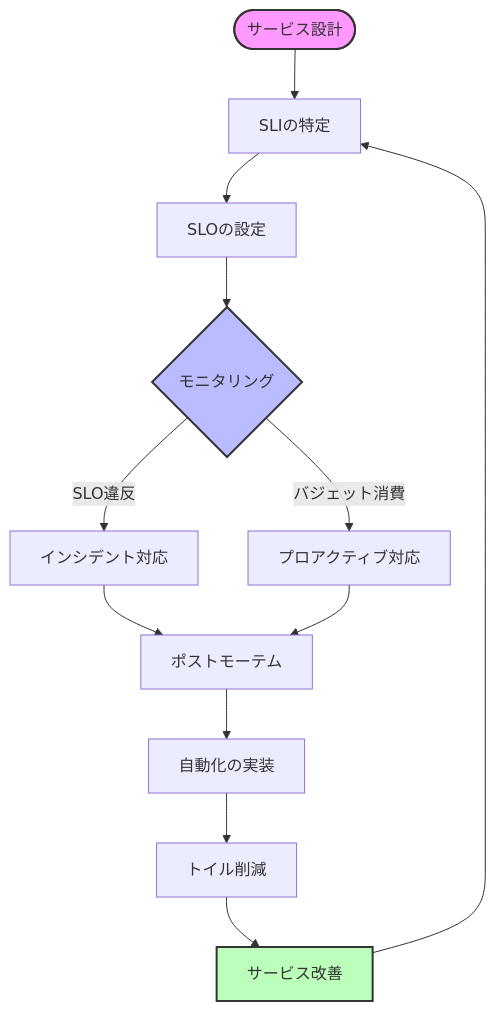
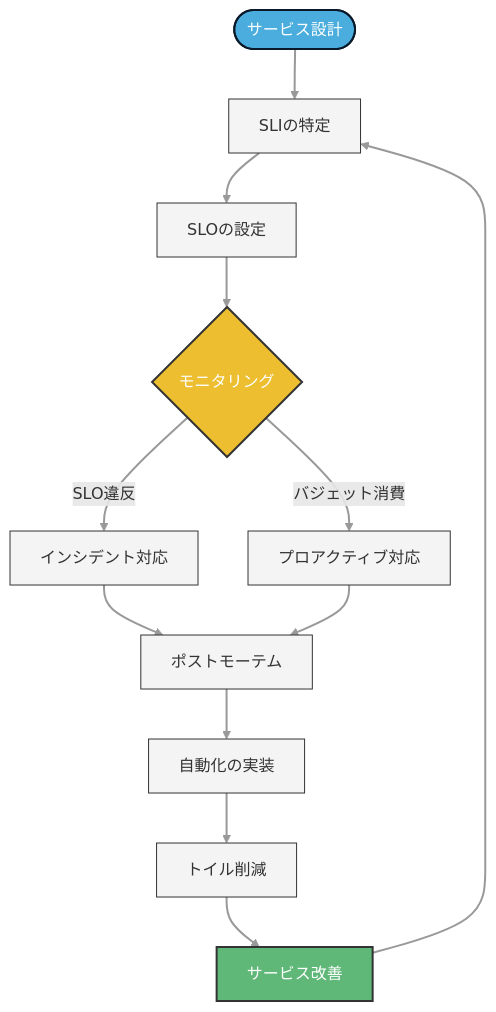
One commit to t-vana4/3shake-marp-templates changed the second of 8 diagrams in examples/3shake-presentation-nwiizo-edition.md. Above: the diagram before and after it, drawn with Mermaid. The commit also changed other lines of this file, not shown here.

```diff
--- a/examples/3shake-presentation-nwiizo-edition.md
+++ b/examples/3shake-presentation-nwiizo-edition.md
@@ -402,17 +526,29 @@
 <pre class="mermaid mermaid-auto-xs">
 flowchart TD
     A([サービス設計]) --> B[SLIの特定]
     B --> C[SLOの設定]
     C --> D{モニタリング}
     D -->|SLO違反| E[インシデント対応]
     D -->|バジェット消費| F[プロアクティブ対応]
     E --> G[ポストモーテム]
     F --> G
     G --> H[自動化の実装]
     H --> I[トイル削減]
     I --> J[サービス改善]
     J --> B
-    style A fill:#f9f,stroke:#333,stroke-width:2px
-    style D fill:#bbf,stroke:#333,stroke-width:2px
-    style J fill:#bfb,stroke:#333,stroke-width:2px
+    
+    %% 3shake カラースキームを適用
+    style A fill:#4AADDD,stroke:#0a1929,stroke-width:2px,color:white
+    style B fill:#f4f4f4,stroke:#333,stroke-width:1px
+    style C fill:#f4f4f4,stroke:#333,stroke-width:1px
+    style D fill:#ECBE30,stroke:#333,stroke-width:2px,color:white
+    style E fill:#f4f4f4,stroke:#333,stroke-width:1px
+    style F fill:#f4f4f4,stroke:#333,stroke-width:1px
+    style G fill:#f4f4f4,stroke:#333,stroke-width:1px
+    style H fill:#f4f4f4,stroke:#333,stroke-width:1px
+    style I fill:#f4f4f4,stroke:#333,stroke-width:1px
+    style J fill:#5FB878,stroke:#333,stroke-width:2px,color:white
+    
+    %% エッジスタイル
+    linkStyle default stroke:#999,stroke-width:2px
 </pre>
```
